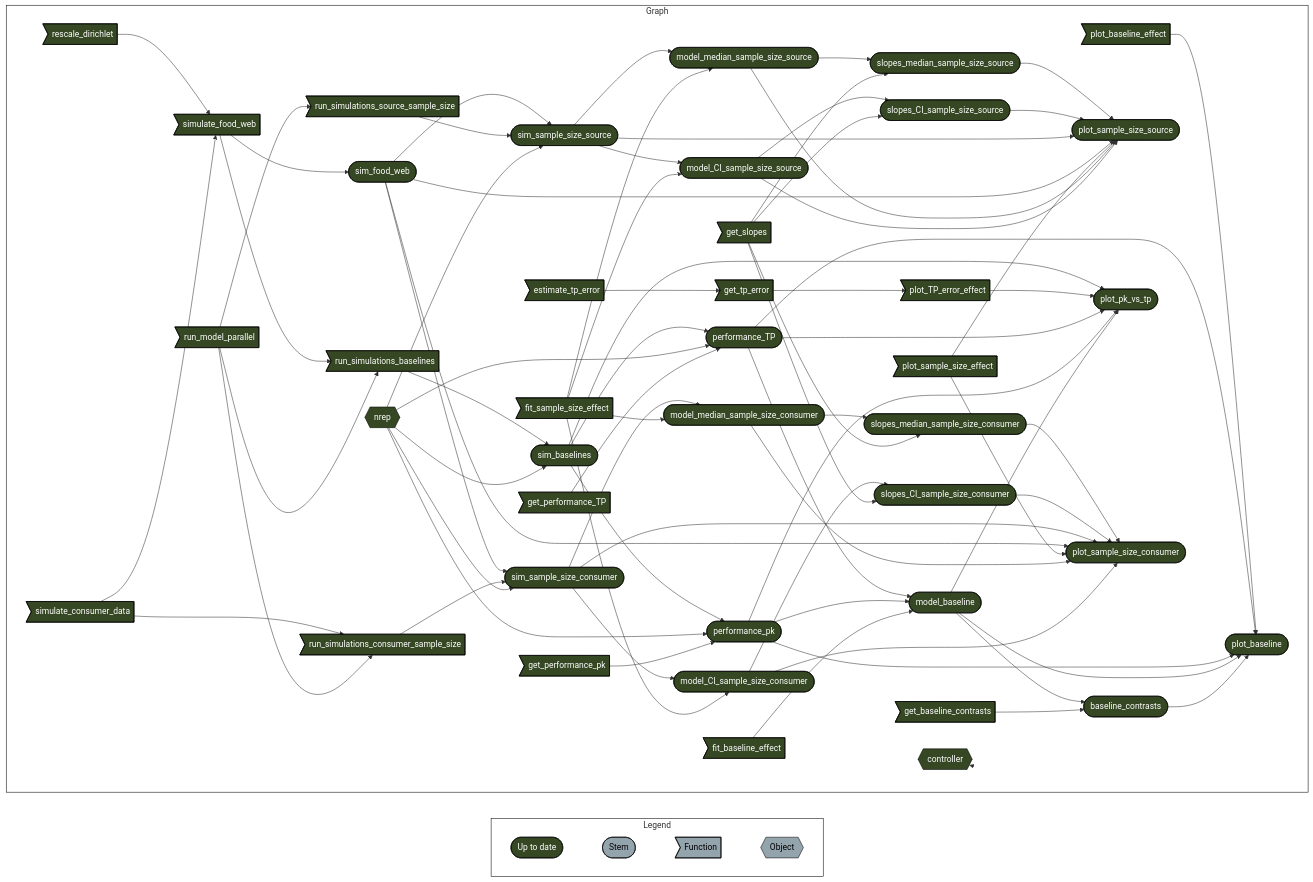
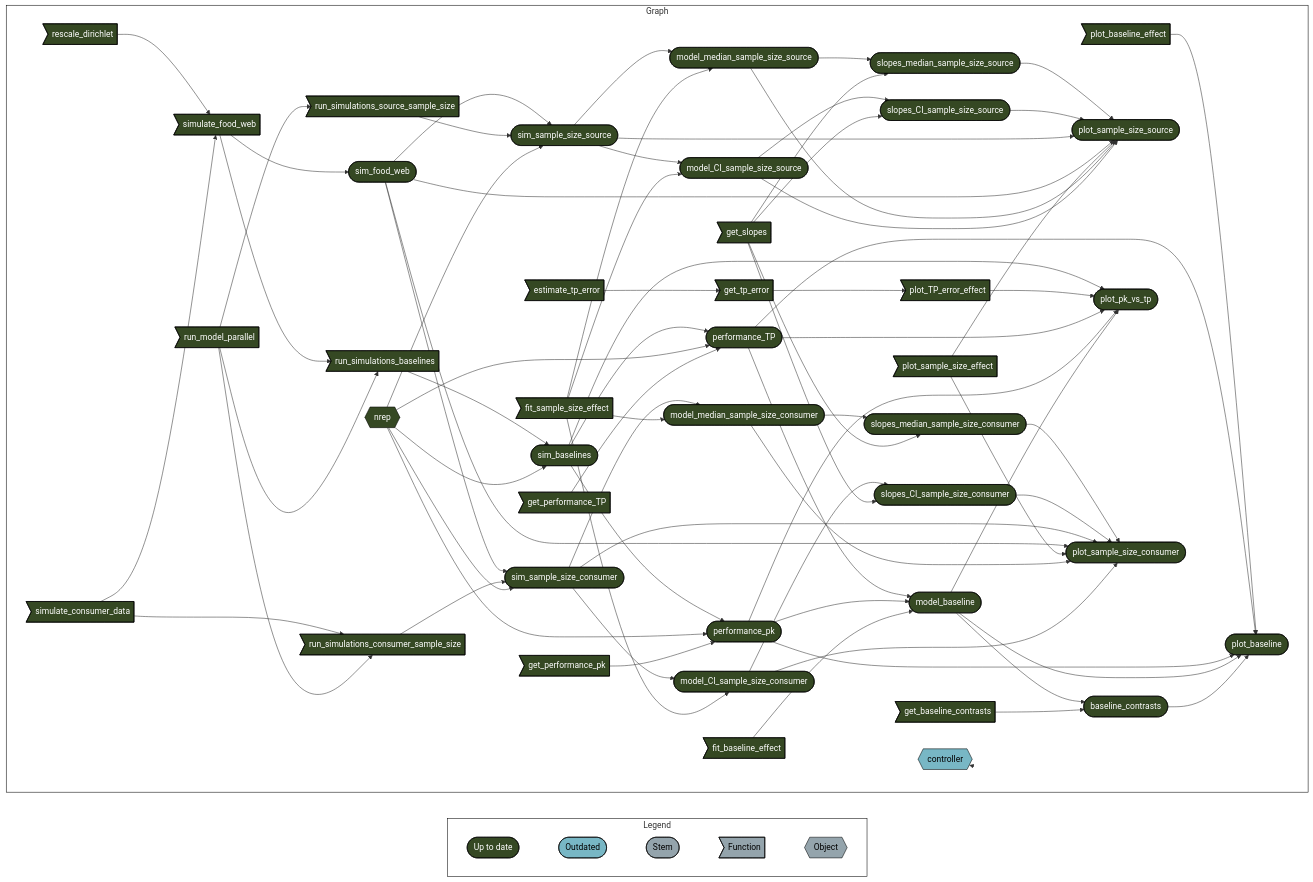
One commit to mattiaghilardi/SIMMmultitroph_simulations changed the diagram in README.md. Above: the diagram before and after it, drawn with Mermaid. The commit also changed other lines of this file, not shown here.

````diff
--- a/README.md
+++ b/README.md
@@ -127,10 +153,11 @@
-```mermaid
+``` mermaid
 graph LR
   style Legend fill:#FFFFFF00,stroke:#000000;
   style Graph fill:#FFFFFF00,stroke:#000000;
   subgraph Legend
     direction LR
-    x7420bd9270f8d27d([""Up to date""]):::uptodate --- xbf4603d6c2c2ad6b([""Stem""]):::none
+    x7420bd9270f8d27d([""Up to date""]):::uptodate --- x0a52b03877696646([""Outdated""]):::outdated
+    x0a52b03877696646([""Outdated""]):::outdated --- xbf4603d6c2c2ad6b([""Stem""]):::none
     xbf4603d6c2c2ad6b([""Stem""]):::none --- xf0bce276fe2b9d3e>""Function""]:::none
     xf0bce276fe2b9d3e>""Function""]:::none --- x5bffbffeae195fc9{{""Object""}}:::none
   end
@@ -205,12 +232,14 @@
     x407f420266f7cba3(["slopes_median_sample_size_consumer"]):::uptodate --> x1fc30f50d0051e95(["plot_sample_size_consumer"]):::uptodate
     xd40414fd87cf9ff3>"fit_sample_size_effect"]:::uptodate --> x43d5dd88718ec163(["model_median_sample_size_consumer"]):::uptodate
     x9ebeb9a32f4fbe45(["sim_sample_size_consumer"]):::uptodate --> x43d5dd88718ec163(["model_median_sample_size_consumer"]):::uptodate
-    xc89be4ed5763b132{{"controller"}}:::uptodate --> xc89be4ed5763b132{{"controller"}}:::uptodate
+    xc89be4ed5763b132{{"controller"}}:::outdated --> xc89be4ed5763b132{{"controller"}}:::outdated
   end
   classDef uptodate stroke:#000000,color:#ffffff,fill:#354823;
+  classDef outdated stroke:#000000,color:#000000,fill:#78B7C5;
   classDef none stroke:#000000,color:#000000,fill:#94a4ac;
   linkStyle 0 stroke-width:0px;
   linkStyle 1 stroke-width:0px;
   linkStyle 2 stroke-width:0px;
-  linkStyle 72 stroke-width:0px;
+  linkStyle 3 stroke-width:0px;
+  linkStyle 73 stroke-width:0px;
 ```
````
